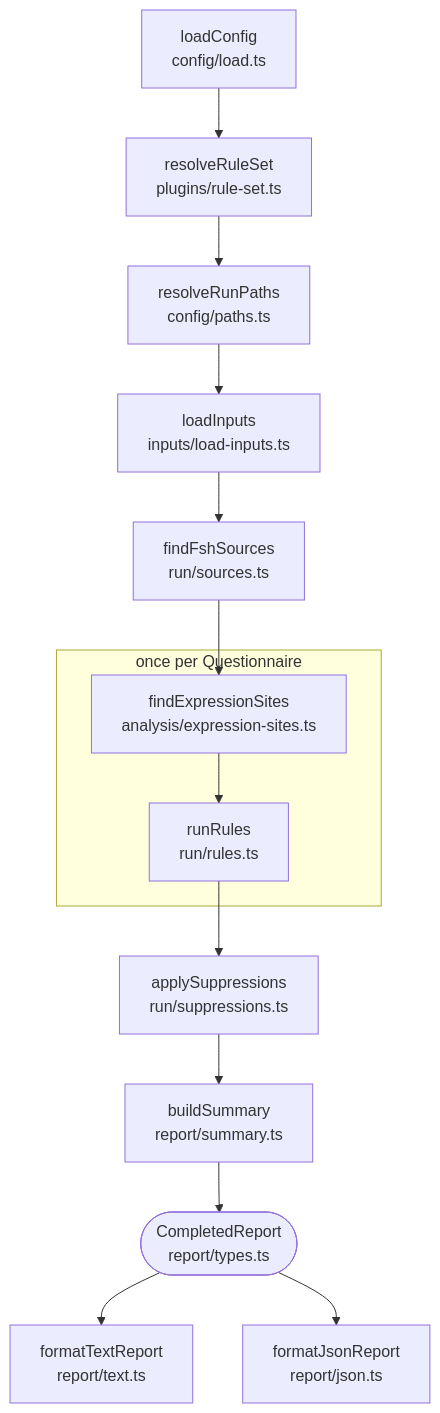
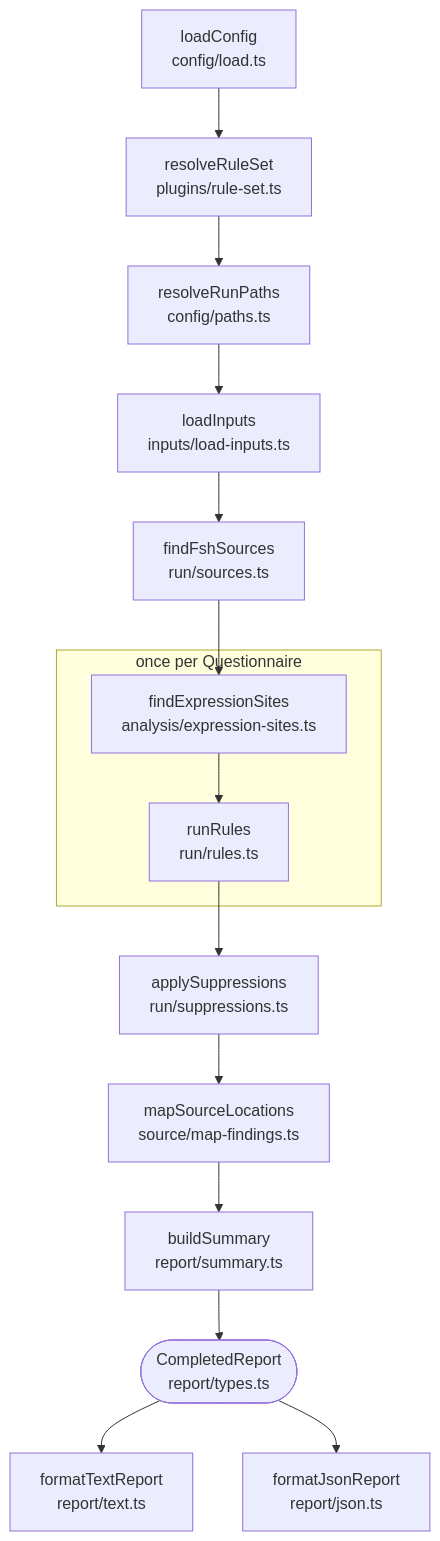
Before and after one commit to aehrc/sdc-questionnaire-lint: the diagram in docs/architecture.md, drawn with Mermaid. The commit also changed other lines of this file and 5 other files, not shown here.

First line of the commit message:
feat: implement source mapping functionality with tests for FSH locations

````diff
--- a/docs/architecture.md
+++ b/docs/architecture.md
@@ -9,18 +9,19 @@
 ```mermaid
 flowchart TD
   loadConfig["loadConfig<br/>config/load.ts"] --> resolveRuleSet["resolveRuleSet<br/>plugins/rule-set.ts"]
   resolveRuleSet --> resolveRunPaths["resolveRunPaths<br/>config/paths.ts"]
   resolveRunPaths --> loadInputs["loadInputs<br/>inputs/load-inputs.ts"]
   loadInputs --> findFshSources["findFshSources<br/>run/sources.ts"]
   findFshSources --> findExpressionSites
 
   subgraph perDocument["once per Questionnaire"]
     findExpressionSites["findExpressionSites<br/>analysis/expression-sites.ts"] --> runRules["runRules<br/>run/rules.ts"]
   end
 
   runRules --> applySuppressions["applySuppressions<br/>run/suppressions.ts"]
-  applySuppressions --> buildSummary["buildSummary<br/>report/summary.ts"]
+  applySuppressions --> mapSourceLocations["mapSourceLocations<br/>source/map-findings.ts"]
+  mapSourceLocations --> buildSummary["buildSummary<br/>report/summary.ts"]
   buildSummary --> report(["CompletedReport<br/>report/types.ts"])
   report --> formatText["formatTextReport<br/>report/text.ts"]
   report --> formatJson["formatJsonReport<br/>report/json.ts"]
 ```
````
